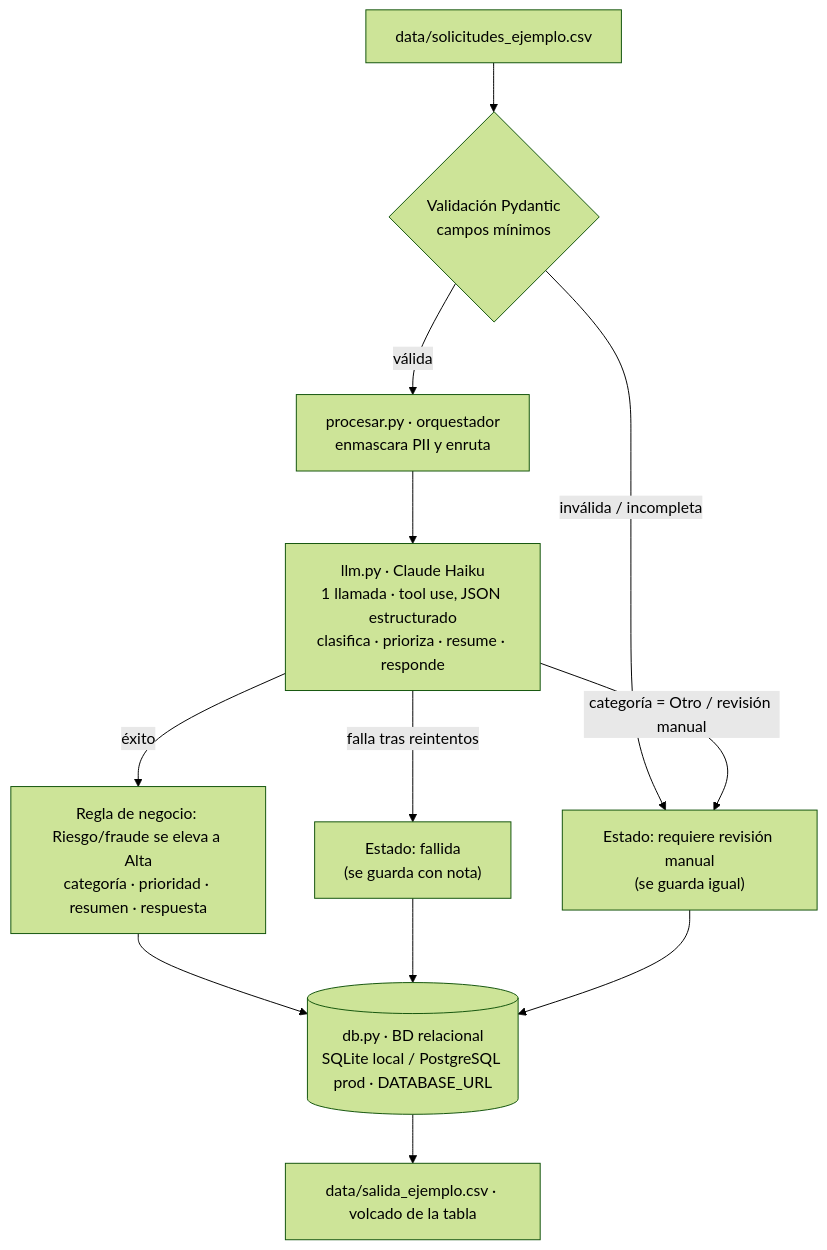
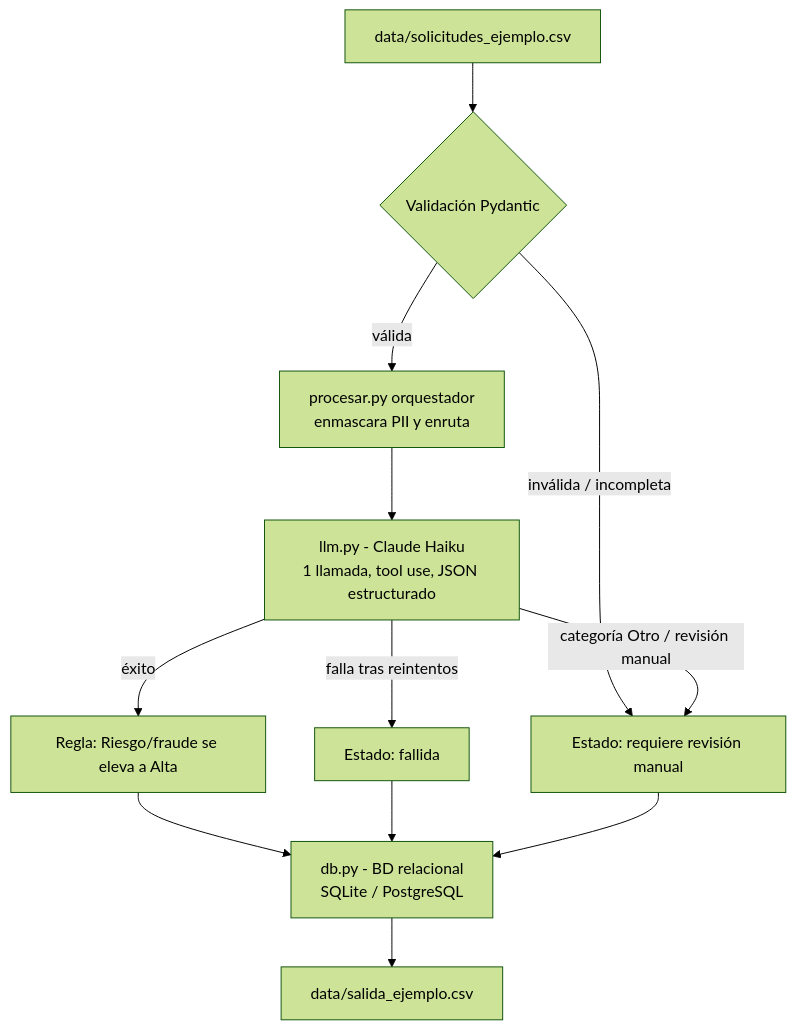
Before and after one commit to DanielEspitiaB/prueba-automatizaciones-ia-tumipay: the diagram in README.md, drawn with Mermaid (forest theme).

Commit message:
README: simplifica el diagrama Mermaid para evitar el fallo de render de GitHub

````diff
--- a/README.md
+++ b/README.md
@@ -28,14 +28,14 @@
 ```mermaid
 flowchart TD
-    A["data/solicitudes_ejemplo.csv"] --> V{"Validación Pydantic<br/>campos mínimos"}
-    V -- "inválida / incompleta" --> RM["Estado: requiere revisión manual<br/>(se guarda igual)"]
-    V -- "válida" --> P["procesar.py · orquestador<br/>enmascara PII y enruta"]
-    P --> L["llm.py · Claude Haiku<br/>1 llamada · tool use, JSON estructurado<br/>clasifica · prioriza · resume · responde"]
-    L -- "falla tras reintentos" --> F["Estado: fallida<br/>(se guarda con nota)"]
-    L -- "categoría = Otro / revisión manual" --> RM
-    L -- "éxito" --> R["Regla de negocio: Riesgo/fraude se eleva a Alta<br/>categoría · prioridad · resumen · respuesta"]
-    R --> DB[("db.py · BD relacional<br/>SQLite local / PostgreSQL prod · DATABASE_URL")]
+    A["data/solicitudes_ejemplo.csv"] --> V{"Validación Pydantic"}
+    V -->|"inválida / incompleta"| RM["Estado: requiere revisión manual"]
+    V -->|"válida"| P["procesar.py orquestador<br/>enmascara PII y enruta"]
+    P --> L["llm.py - Claude Haiku<br/>1 llamada, tool use, JSON estructurado"]
+    L -->|"falla tras reintentos"| F["Estado: fallida"]
+    L -->|"categoría Otro / revisión manual"| RM
+    L -->|"éxito"| R["Regla: Riesgo/fraude se eleva a Alta"]
+    R --> DB["db.py - BD relacional<br/>SQLite / PostgreSQL"]
     F --> DB
     RM --> DB
-    DB --> O["data/salida_ejemplo.csv · volcado de la tabla"]
+    DB --> O["data/salida_ejemplo.csv"]
 ```
````
